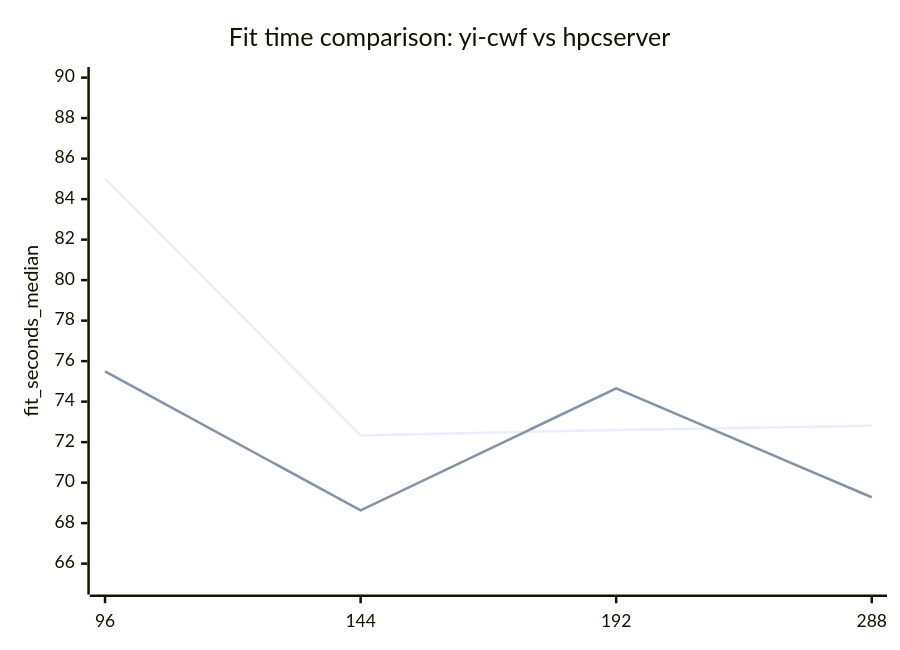
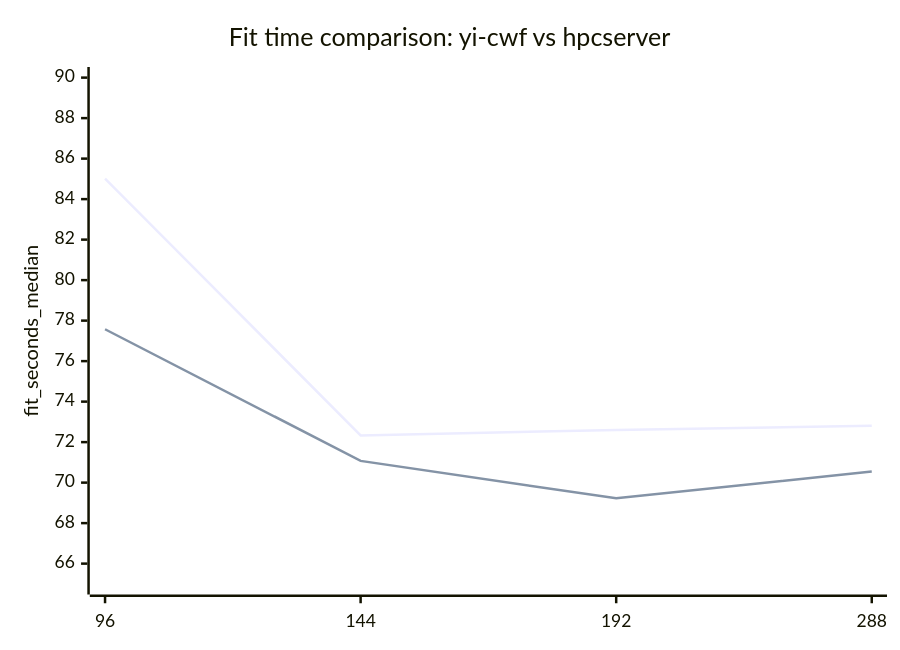
Before and after one commit to bobjiang82/deepforest-cwf: the first of 4 diagrams in docs/compare-yi-cwf-vs-hpcserver-scaling.md, drawn with Mermaid. The commit also changed other lines of this file and 7 other files, not shown here.

````diff
--- a/docs/compare-yi-cwf-vs-hpcserver-scaling.md
+++ b/docs/compare-yi-cwf-vs-hpcserver-scaling.md
@@ -50,8 +52,8 @@
 ```mermaid
 xychart-beta
     title "Fit time comparison: yi-cwf vs hpcserver"
     x-axis [96, 144, 192, 288]
     y-axis "fit_seconds_median" 65 --> 90
     line [85.015907, 72.330963, 72.599859, 72.804610]
-    line [75.494157, 68.629826, 74.652356, 69.277085]
+    line [77.574735, 71.073055, 69.226232, 70.550359]
 ```
````
